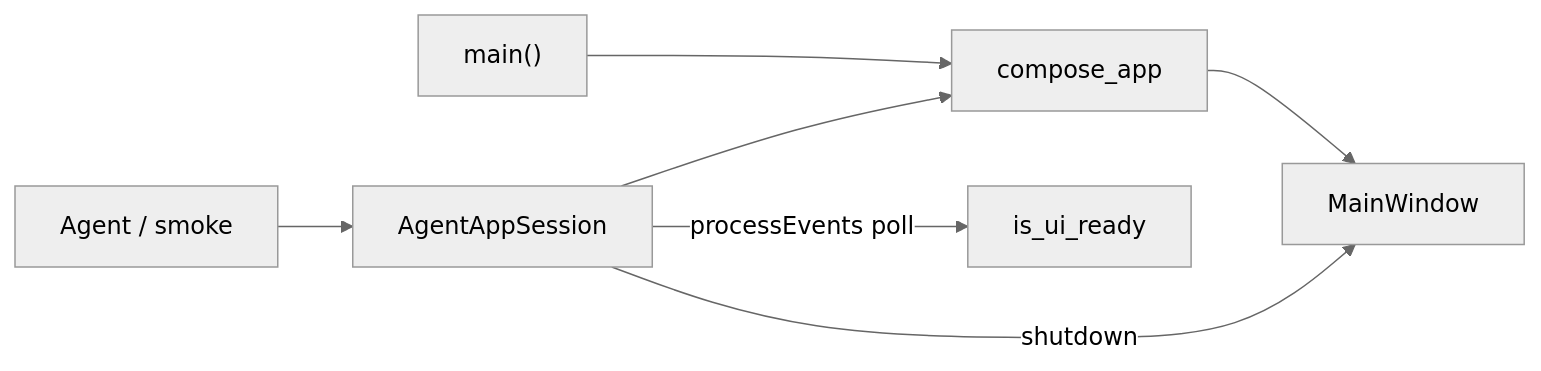
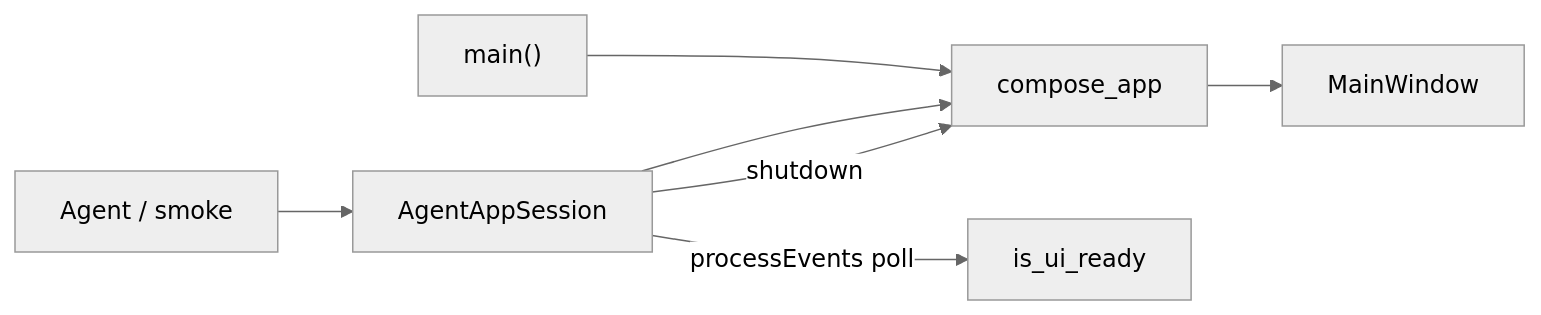
The diagram in doc/dev/agent_lifecycle.md (koctep/pypost), drawn with Mermaid (neutral theme) before and after one commit. The commit also changed other lines of this file and 16 other files, not shown here.

````diff
--- a/doc/dev/agent_lifecycle.md
+++ b/doc/dev/agent_lifecycle.md
@@ -23,9 +23,9 @@
 ```mermaid
 flowchart LR
   Harness[Agent / smoke] --> Session[AgentAppSession]
   Interactive["main()"] --> Factory[compose_app]
   Session --> Factory
   Factory --> MW[MainWindow]
   Session -->|processEvents poll| Ready[is_ui_ready]
-  Session -->|shutdown| MW
+  Session -->|shutdown| Factory
 ```
````
